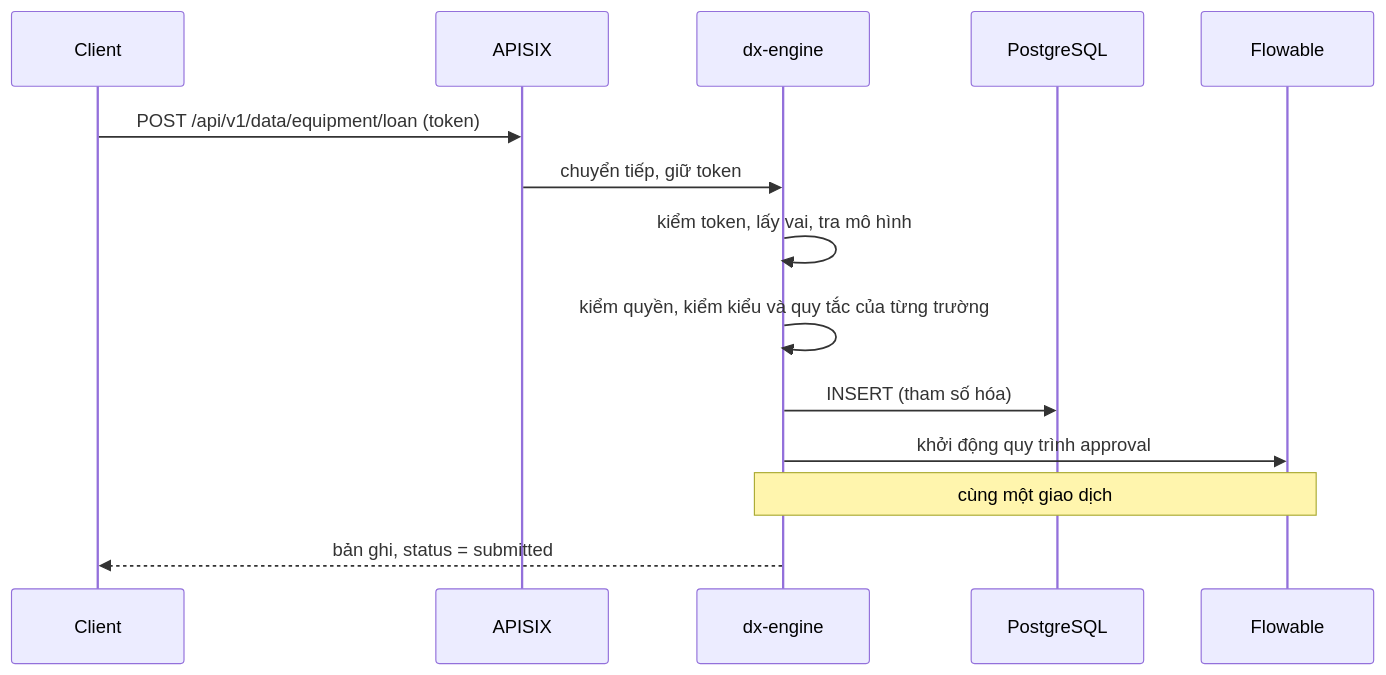
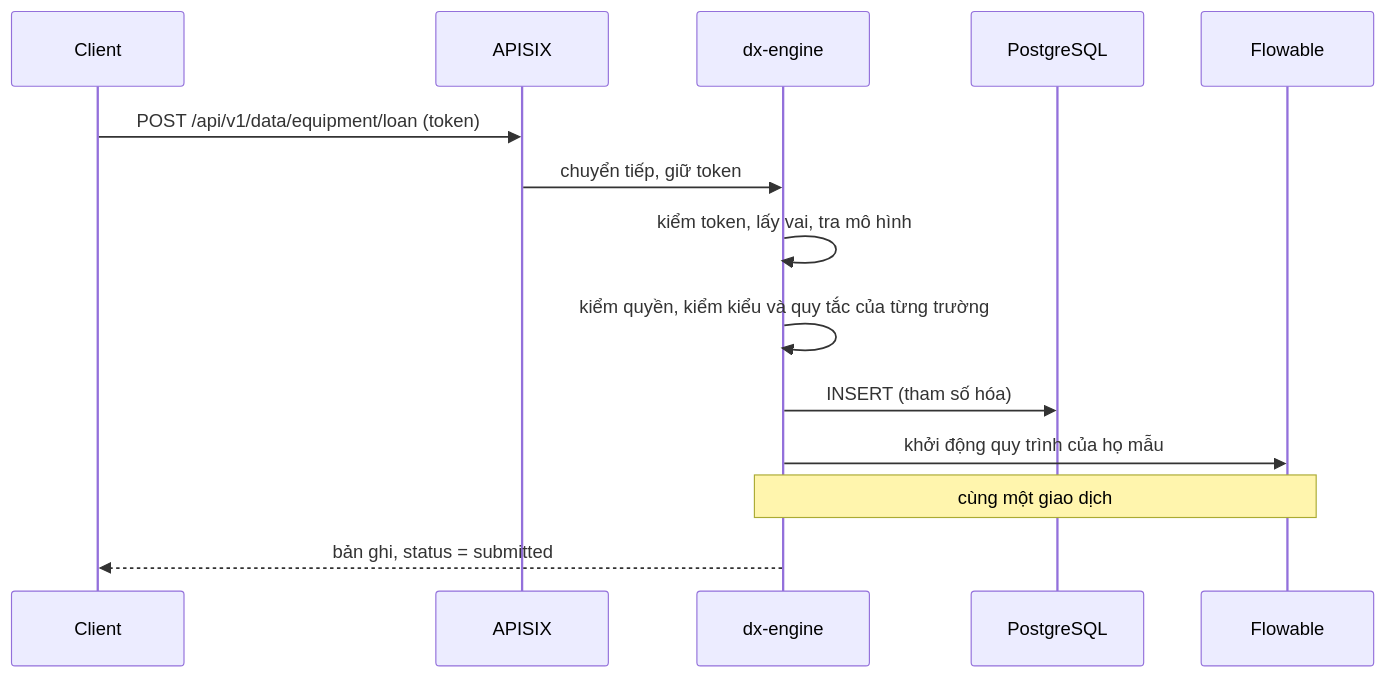
One commit to HaUI-ImplSolution/DX-OS changed the second of 2 diagrams in ARCHITECTURE.md. Above: the diagram before and after it, drawn with Mermaid. The commit also changed other lines of this file and 12 other files, not shown here.

````diff
--- a/ARCHITECTURE.md
+++ b/ARCHITECTURE.md
@@ -73,16 +73,16 @@
 ```mermaid
 sequenceDiagram
   participant C as Client
   participant G as APISIX
   participant D as dx-engine
   participant P as PostgreSQL
   participant F as Flowable
   C->>G: POST /api/v1/data/equipment/loan (token)
   G->>D: chuyển tiếp, giữ token
   D->>D: kiểm token, lấy vai, tra mô hình
   D->>D: kiểm quyền, kiểm kiểu và quy tắc của từng trường
   D->>P: INSERT (tham số hóa)
-  D->>F: khởi động quy trình approval
+  D->>F: khởi động quy trình của họ mẫu
   Note over D,F: cùng một giao dịch
   D-->>C: bản ghi, status = submitted
 ```
````
